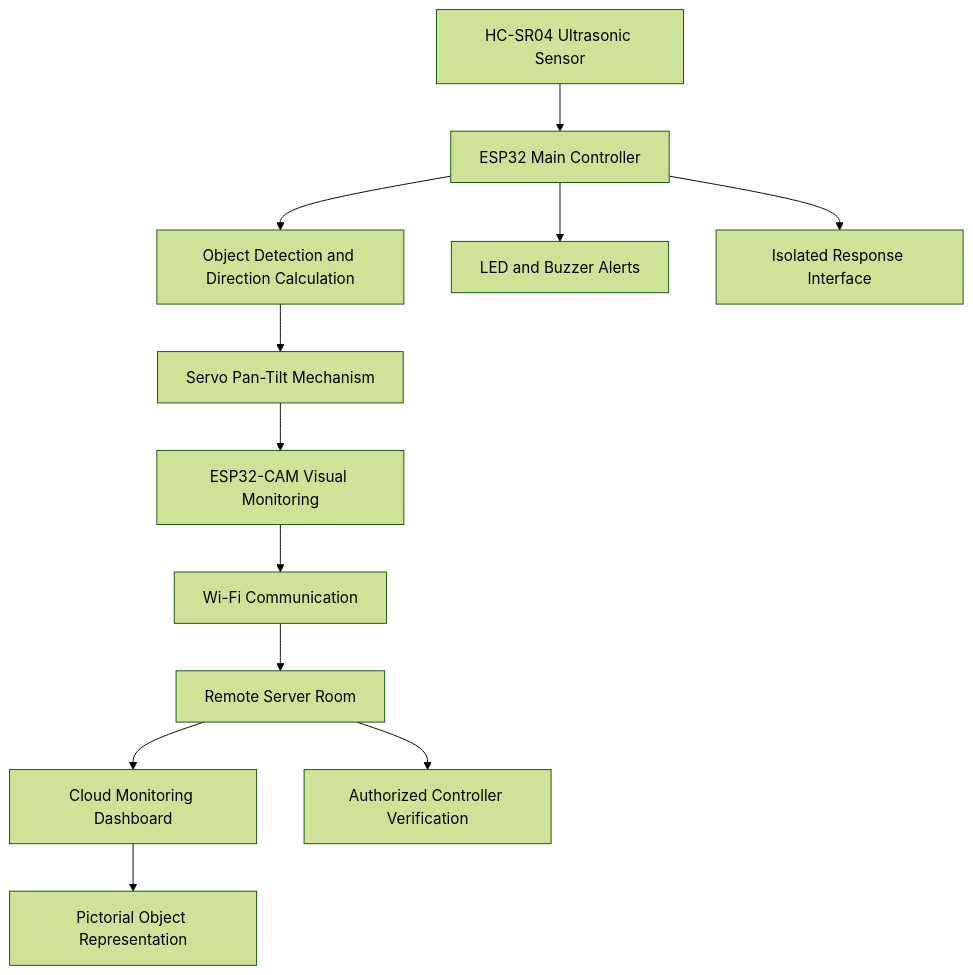
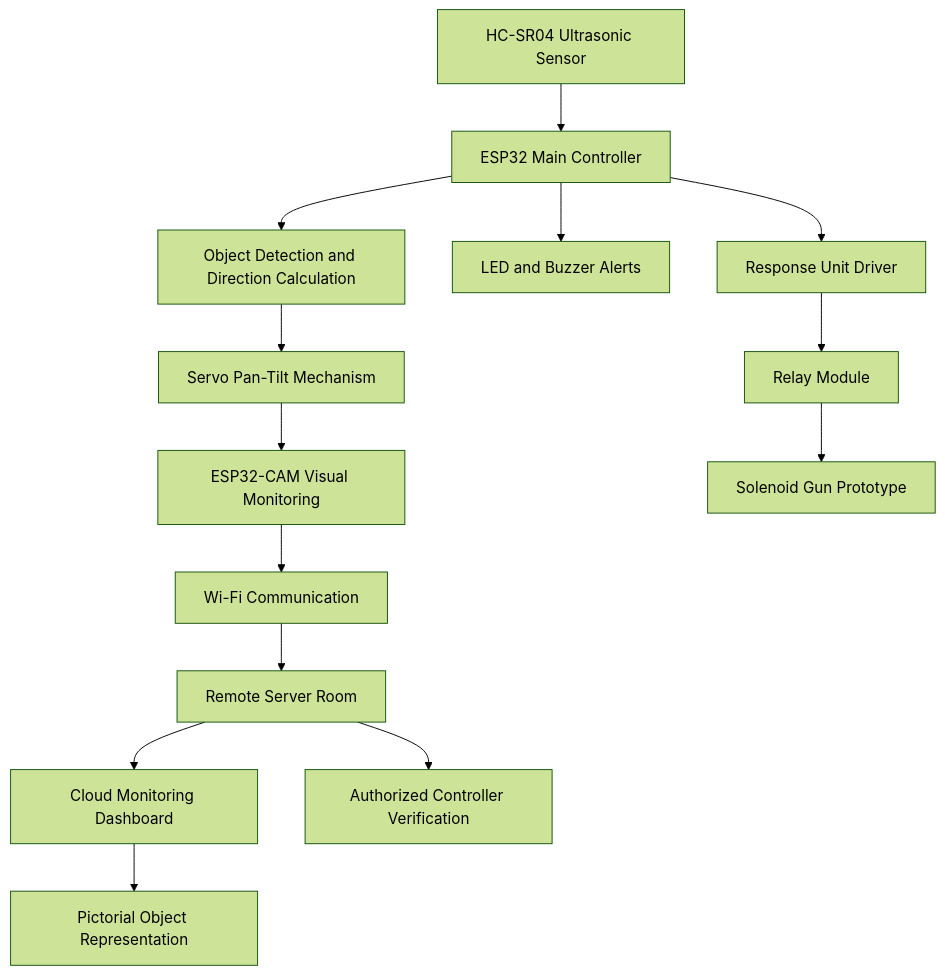
Before and after one commit to Naganurdeepa/iot-radar-surveillance-system: the first of 2 diagrams in README.md, drawn with Mermaid (forest theme). The commit also changed other lines of this file, not shown here.

````diff
--- a/README.md
+++ b/README.md
@@ -54,14 +53,20 @@
 ```mermaid
 flowchart TD
     A[HC-SR04 Ultrasonic Sensor] --> B[ESP32 Main Controller]
+
     B --> C[Object Detection and Direction Calculation]
     C --> D[Servo Pan-Tilt Mechanism]
     D --> E[ESP32-CAM Visual Monitoring]
+
     E --> F[Wi-Fi Communication]
     F --> G[Remote Server Room]
     G --> H[Cloud Monitoring Dashboard]
     H --> I[Pictorial Object Representation]
     G --> J[Authorized Controller Verification]
+
     B --> K[LED and Buzzer Alerts]
-    B --> L[Isolated Response Interface]
+
+    B --> L[Response Unit Driver]
+    L --> M[Relay Module]
+    M --> N[Solenoid Gun Prototype]
 ```
````
